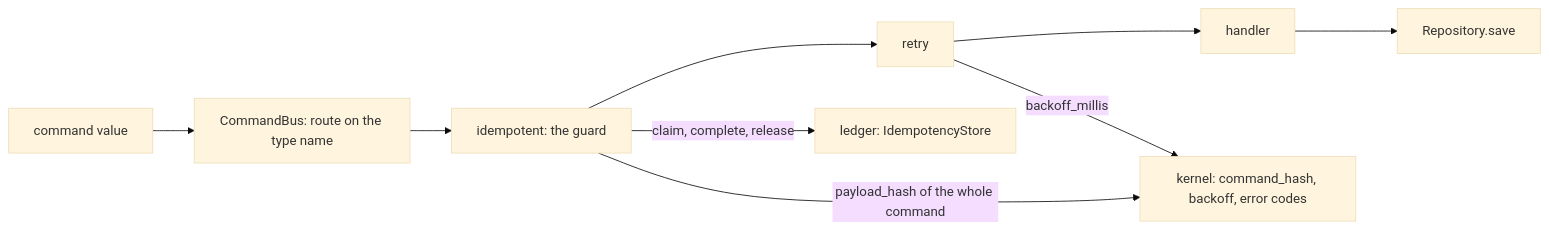
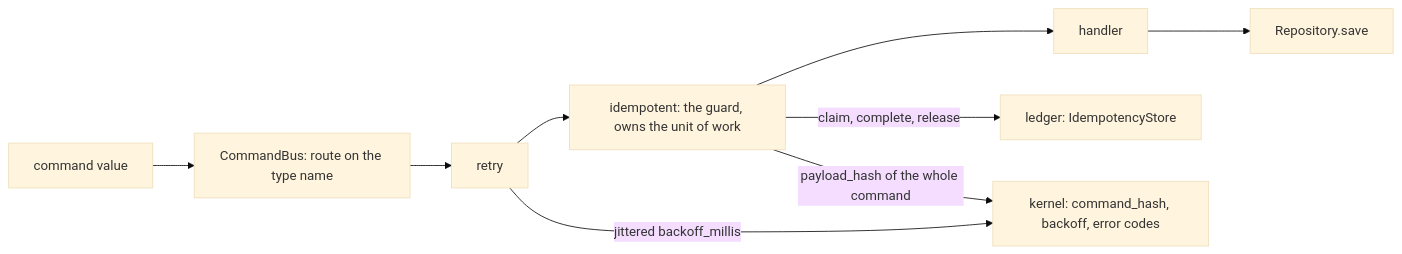
The first of 3 diagrams in docs/sdk/commands.md (haskian/edax), drawn with Mermaid (base theme) before and after one commit. The commit also changed other lines of this file and 234 other files, not shown here.

````diff
--- a/docs/sdk/commands.md
+++ b/docs/sdk/commands.md
@@ -12,11 +12,11 @@
 ```mermaid
 flowchart LR
     Cmd["command value"] --> Bus["CommandBus: route on the type name"]
-    Bus --> Guard["idempotent: the guard"]
-    Guard --> Retry["retry"]
-    Retry --> Handler["handler"]
+    Bus --> Retry["retry"]
+    Retry --> Guard["idempotent: the guard, owns the unit of work"]
+    Guard --> Handler["handler"]
     Handler --> Repo["Repository.save"]
     Guard -- "claim, complete, release" --> Ledger["ledger: IdempotencyStore"]
     Guard -- "payload_hash of the whole command" --> Kernel["kernel: command_hash, backoff, error codes"]
-    Retry -- "backoff_millis" --> Kernel
+    Retry -- "jittered backoff_millis" --> Kernel
 ```
````
